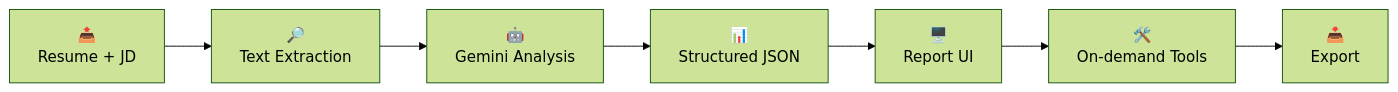
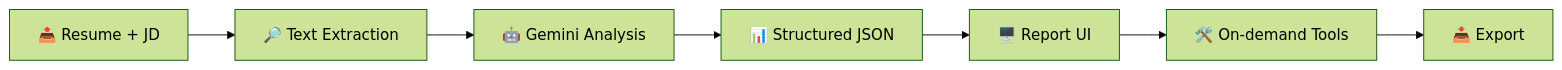
The diagram in README.md (PriyamKeshri/Resume-ATS-Tracking), drawn with Mermaid (forest theme) before and after one commit.

Commit message:
Fix Mermaid diagram: remove HTML br tags (GitHub sandboxes HTML in labels)

````diff
--- a/README.md
+++ b/README.md
@@ -38,9 +38,9 @@
 ```mermaid
 flowchart LR
-    A["📤<br/>Resume + JD"] --> B["🔎<br/>Text Extraction"]
-    B --> C["🤖<br/>Gemini Analysis"]
-    C --> D["📊<br/>Structured JSON"]
-    D --> E["🖥️<br/>Report UI"]
-    E --> F["🛠️<br/>On-demand Tools"]
-    F --> G["📥<br/>Export"]
+    A["📤 Resume + JD"] --> B["🔎 Text Extraction"]
+    B --> C["🤖 Gemini Analysis"]
+    C --> D["📊 Structured JSON"]
+    D --> E["🖥️ Report UI"]
+    E --> F["🛠️ On-demand Tools"]
+    F --> G["📥 Export"]
 ```
````
